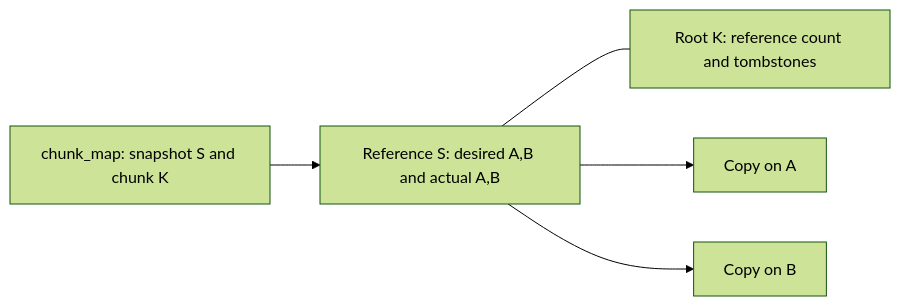
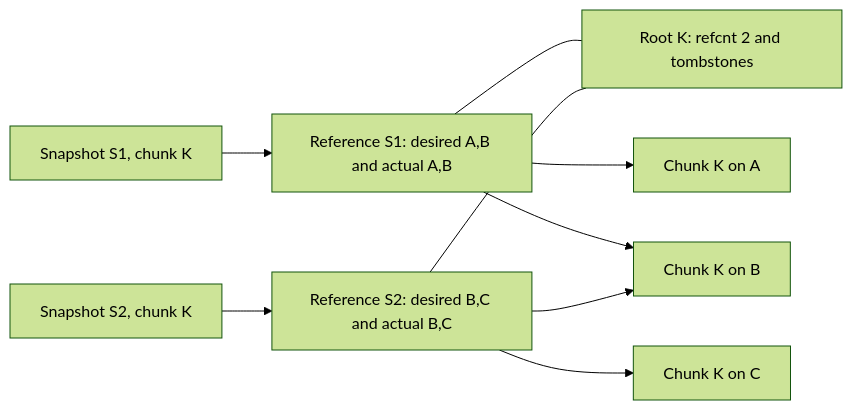
Before and after one commit to ydb-platform/nbs: the second of 10 diagrams in doc/disk_manager/chunk_storage/design_doc.md, drawn with Mermaid (forest theme). The commit also changed other lines of this file, not shown here.

````diff
--- a/doc/disk_manager/chunk_storage/design_doc.md
+++ b/doc/disk_manager/chunk_storage/design_doc.md
@@ -81,7 +81,11 @@
 ```mermaid
 flowchart LR
-    Map["chunk_map: snapshot S and chunk K"] --> Ref["Reference S: desired A,B and actual A,B"]
-    Ref --- Root["Root K: reference count and tombstones"]
-    Ref --> A[Copy on A]
-    Ref --> B[Copy on B]
+    Map1["Snapshot S1, chunk K"] --> Ref1["Reference S1: desired A,B and actual A,B"]
+    Map2["Snapshot S2, chunk K"] --> Ref2["Reference S2: desired B,C and actual B,C"]
+    Ref1 --- Root["Root K: refcnt 2 and tombstones"]
+    Ref2 --- Root
+    Ref1 --> A["Chunk K on A"]
+    Ref1 --> B["Chunk K on B"]
+    Ref2 --> B
+    Ref2 --> C["Chunk K on C"]
 ```
````
